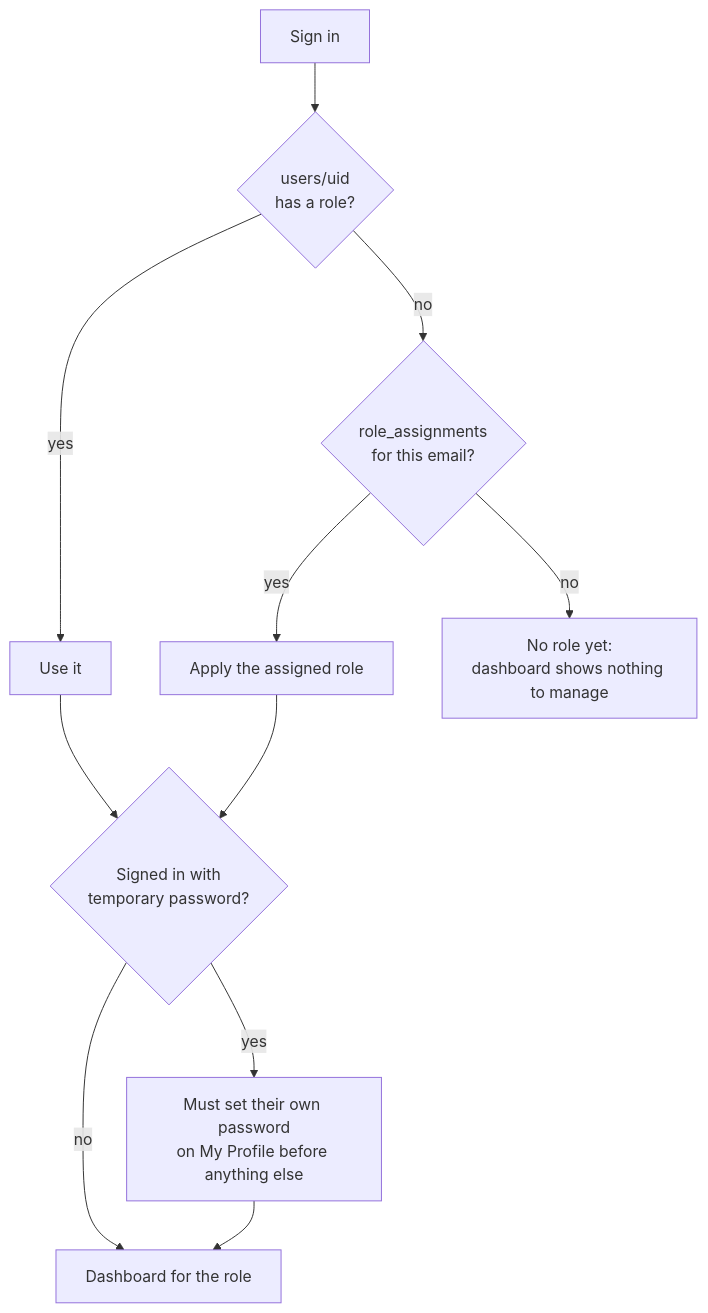
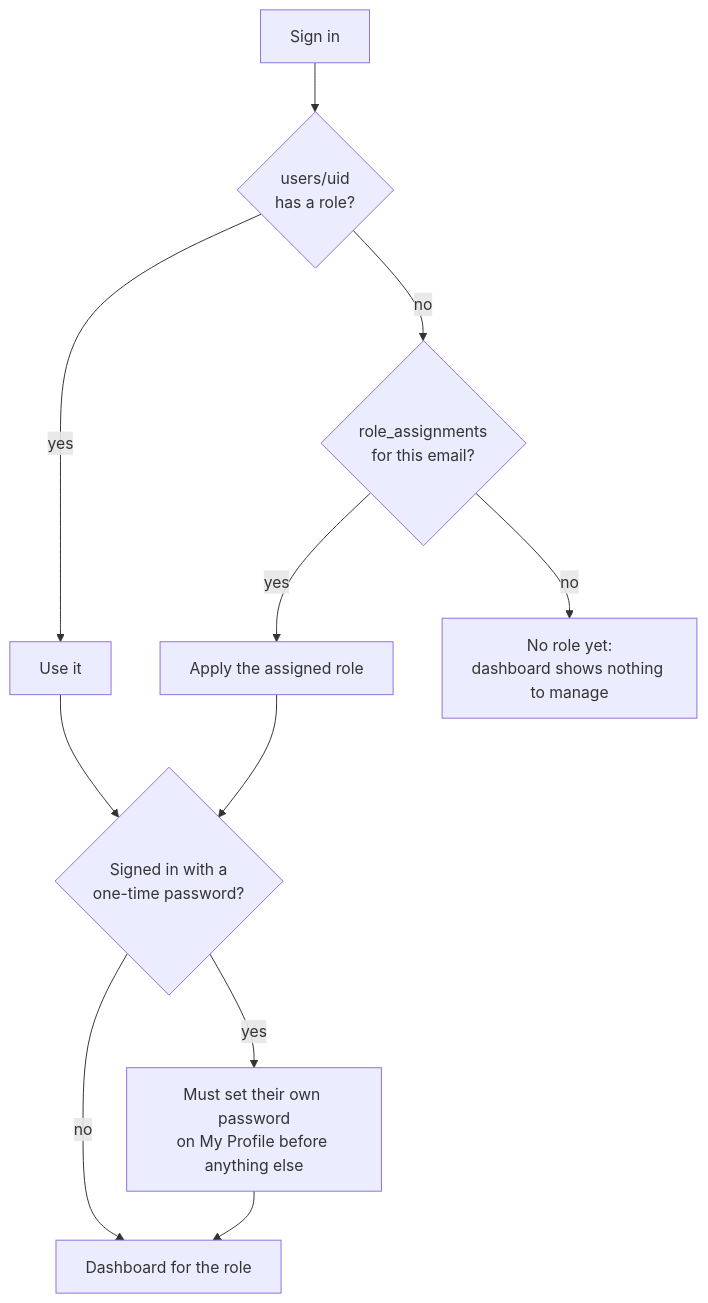
Before and after one commit to The-Dark-Ranger/Jeddah-Hub: the third of 9 diagrams in docs/HOW-IT-WORKS.md, drawn with Mermaid. The commit also changed other lines of this file and 73 other files, not shown here.

````diff
--- a/docs/HOW-IT-WORKS.md
+++ b/docs/HOW-IT-WORKS.md
@@ -80,13 +90,13 @@
 ```mermaid
 flowchart TD
     S[Sign in] --> U{users/uid<br/>has a role?}
     U -->|yes| R[Use it]
     U -->|no| A{role_assignments<br/>for this email?}
     A -->|yes| R2[Apply the assigned role]
     A -->|no| N[No role yet:<br/>dashboard shows nothing to manage]
-    R --> PW{Signed in with<br/>temporary password?}
+    R --> PW{Signed in with a<br/>one-time password?}
     R2 --> PW
     PW -->|yes| B[Must set their own password<br/>on My Profile before anything else]
     PW -->|no| D[Dashboard for the role]
     B --> D
 ```
````
